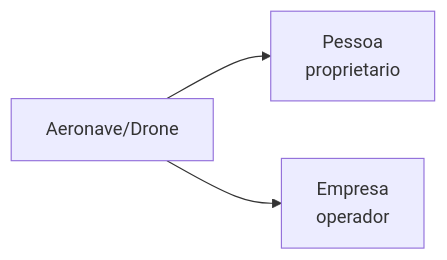
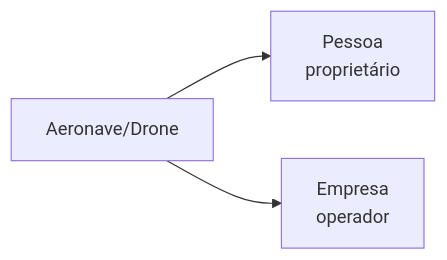
Before and after one commit to Sherlocker-LTDA/docs: the diagram in entidades/aeronave.mdx, drawn with Mermaid. The commit also changed other lines of this file and 34 other files, not shown here.

````diff
--- a/entidades/aeronave.mdx
+++ b/entidades/aeronave.mdx
@@ -62,5 +62,5 @@
 ```mermaid
 graph LR
-  A[Aeronave/Drone] --> P[Pessoa<br/>proprietario]
+  A[Aeronave/Drone] --> P[Pessoa<br/>proprietário]
   A --> E[Empresa<br/>operador]
 ```
````
